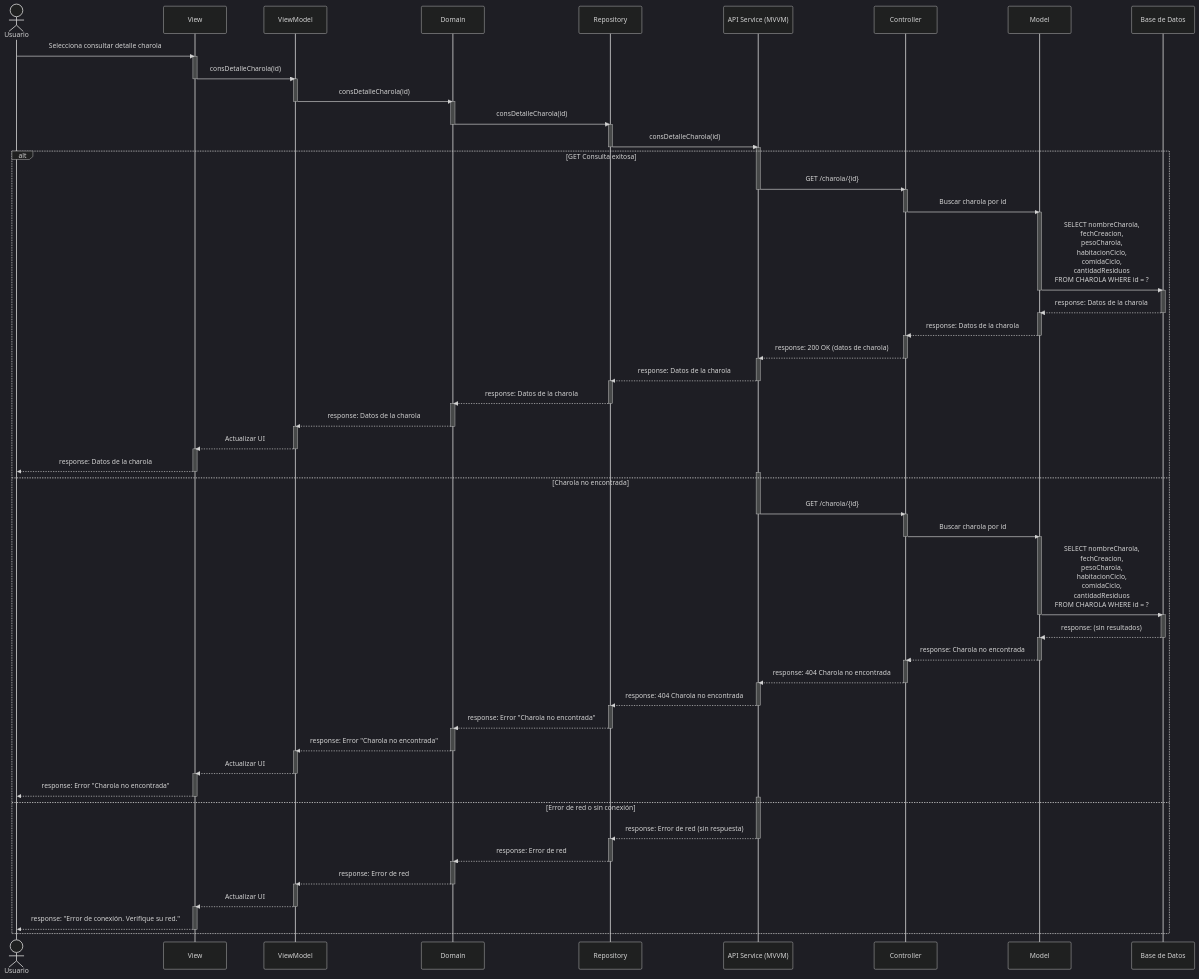
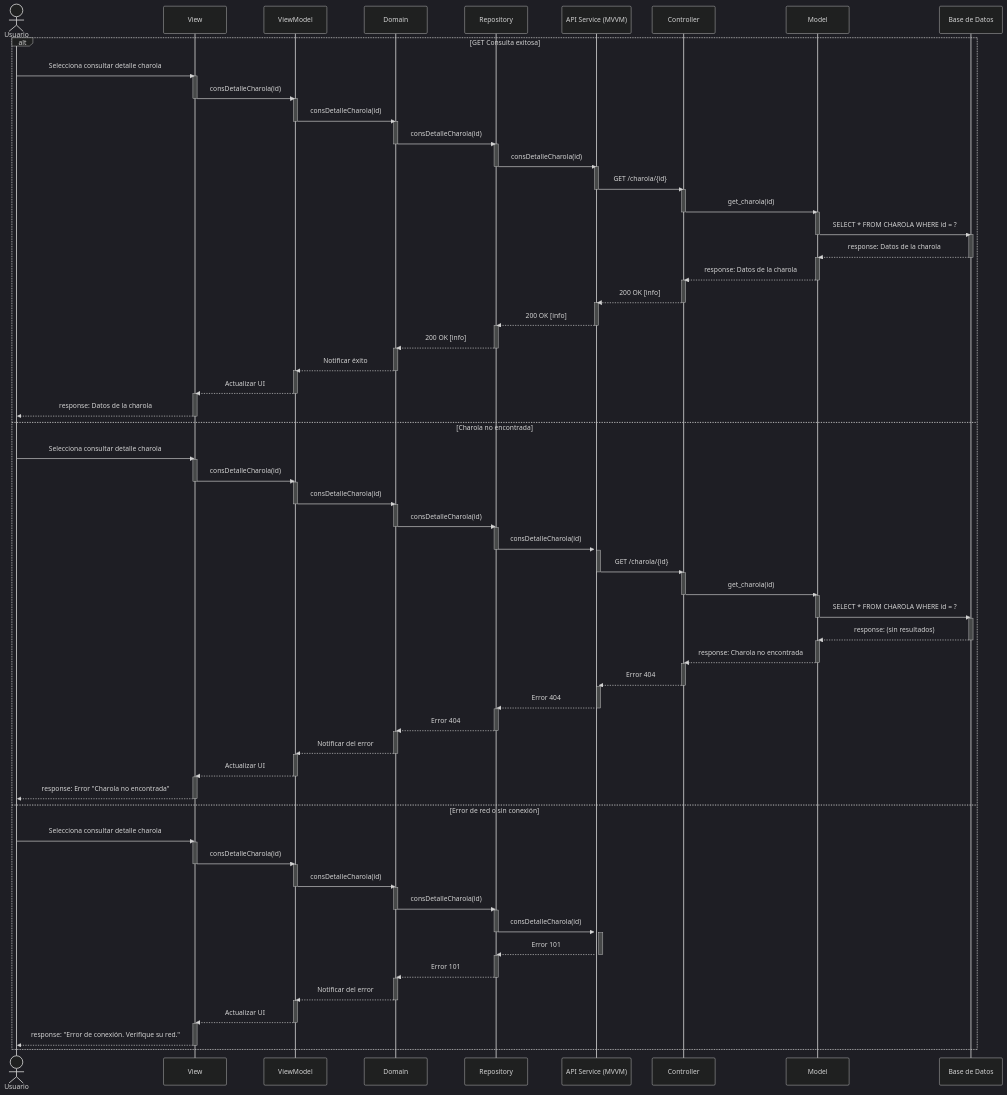
The diagram in documentation/docs/proyectos/larvas/documentacion/requisitos/RF10.md (CodeAnd-Co/Documentacion), drawn with Mermaid (dark theme) before and after one commit.

Commit message:
correcciones diagrama de secuencia

```diff
--- a/documentation/docs/proyectos/larvas/documentacion/requisitos/RF10.md
+++ b/documentation/docs/proyectos/larvas/documentacion/requisitos/RF10.md
@@ -33,35 +33,35 @@
     participant Model as Model
     participant Database as Base de Datos
 
-    
-    Usuario->>View: Selecciona consultar detalle charola
-    activate View
-    View->>ViewModel: consDetalleCharola(id)
-    deactivate View
+    alt GET Consulta exitosa
 
-    activate ViewModel
-    ViewModel->>Domain: consDetalleCharola(id)
-    deactivate ViewModel
+        Usuario->>View: Selecciona consultar detalle charola
+        activate View
+        View->>ViewModel: consDetalleCharola(id)
+        deactivate View
 
-    activate Domain
-    Domain->>Repository: consDetalleCharola(id)
-    deactivate Domain
+        activate ViewModel
+        ViewModel->>Domain: consDetalleCharola(id)
+        deactivate ViewModel
 
-    activate Repository
-    Repository->>APIService: consDetalleCharola(id)
-    deactivate Repository
-    activate APIService
+        activate Domain
+        Domain->>Repository: consDetalleCharola(id)
+        deactivate Domain
 
-    alt GET Consulta exitosa
+        activate Repository
+        Repository->>APIService: consDetalleCharola(id)
+        deactivate Repository
+        activate APIService
+
         APIService->>Controller: GET /charola/{id}
         deactivate APIService
 
         activate Controller
-        Controller->>Model: Buscar charola por id
+        Controller->>Model: get_charola(id)
         deactivate Controller
 
         activate Model
-        Model->>Database: SELECT nombreCharola, <br>fechCreacion, <br>pesoCharola, <br>habitacionCiclo, <br>comidaCiclo, <br>cantidadResiduos <br>FROM CHAROLA WHERE id = ?;
+        Model->>Database: SELECT * FROM CHAROLA WHERE id = ?;
         deactivate Model
 
         activate Database
@@ -73,19 +73,19 @@
         deactivate Model
 
         activate Controller
-        Controller-->>APIService: response: 200 OK (datos de charola)
+        Controller-->>APIService: 200 OK [info]
         deactivate Controller
 
         activate APIService
-        APIService-->>Repository: response: Datos de la charola
+        APIService-->>Repository: 200 OK [info]
         deactivate APIService
 
         activate Repository
-        Repository-->>Domain: response: Datos de la charola
+        Repository-->>Domain: 200 OK [info]
         deactivate Repository
 
         activate Domain
-        Domain-->>ViewModel: response: Datos de la charola
+        Domain-->>ViewModel: Notificar éxito
         deactivate Domain
 
         activate ViewModel
@@ -98,15 +98,34 @@
         activate APIService
 
     else Charola no encontrada
+
+        Usuario->>View: Selecciona consultar detalle charola
+        activate View
+        View->>ViewModel: consDetalleCharola(id)
+        deactivate View
+    
+        activate ViewModel
+        ViewModel->>Domain: consDetalleCharola(id)
+        deactivate ViewModel
+    
+        activate Domain
+        Domain->>Repository: consDetalleCharola(id)
+        deactivate Domain
+    
+        activate Repository
+        Repository->>APIService: consDetalleCharola(id)
+        deactivate Repository
+        activate APIService
+
         APIService->>Controller: GET /charola/{id}
         deactivate APIService
 
         activate Controller
-        Controller->>Model: Buscar charola por id
+        Controller->>Model: get_charola(id)
         deactivate Controller
 
         activate Model
-        Model->>Database: SELECT nombreCharola, <br>fechCreacion, <br>pesoCharola, <br>habitacionCiclo, <br>comidaCiclo, <br>cantidadResiduos <br>FROM CHAROLA WHERE id = ?;
+        Model->>Database: SELECT * FROM CHAROLA WHERE id = ?;
         deactivate Model
 
         activate Database
@@ -118,19 +137,19 @@
         deactivate Model
 
         activate Controller
-        Controller-->>APIService: response: 404 Charola no encontrada
+        Controller-->>APIService: Error 404
         deactivate Controller
 
         activate APIService
-        APIService-->>Repository: response: 404 Charola no encontrada
+        APIService-->>Repository: Error 404
         deactivate APIService
 
         activate Repository
-        Repository-->>Domain: response: Error "Charola no encontrada"
+        Repository-->>Domain: Error 404
         deactivate Repository
 
         activate Domain
-        Domain-->>ViewModel: response: Error "Charola no encontrada"
+        Domain-->>ViewModel: Notificar del error
         deactivate Domain
 
         activate ViewModel
@@ -143,15 +162,34 @@
         activate APIService
 
     else Error de red o sin conexión
-        APIService-->>Repository: response: Error de red (sin respuesta)
+
+        Usuario->>View: Selecciona consultar detalle charola
+        activate View
+        View->>ViewModel: consDetalleCharola(id)
+        deactivate View
+    
+        activate ViewModel
+        ViewModel->>Domain: consDetalleCharola(id)
+        deactivate ViewModel
+    
+        activate Domain
+        Domain->>Repository: consDetalleCharola(id)
+        deactivate Domain
+    
+        activate Repository
+        Repository->>APIService: consDetalleCharola(id)
+        deactivate Repository
+        activate APIService     
+
+        APIService-->>Repository: Error 101
         deactivate APIService
 
         activate Repository
-        Repository-->>Domain: response: Error de red
+        Repository-->>Domain: Error 101
         deactivate Repository
 
         activate Domain
-        Domain-->>ViewModel: response: Error de red
+        Domain-->>ViewModel: Notificar del error
         deactivate Domain
 
         activate ViewModel
```
